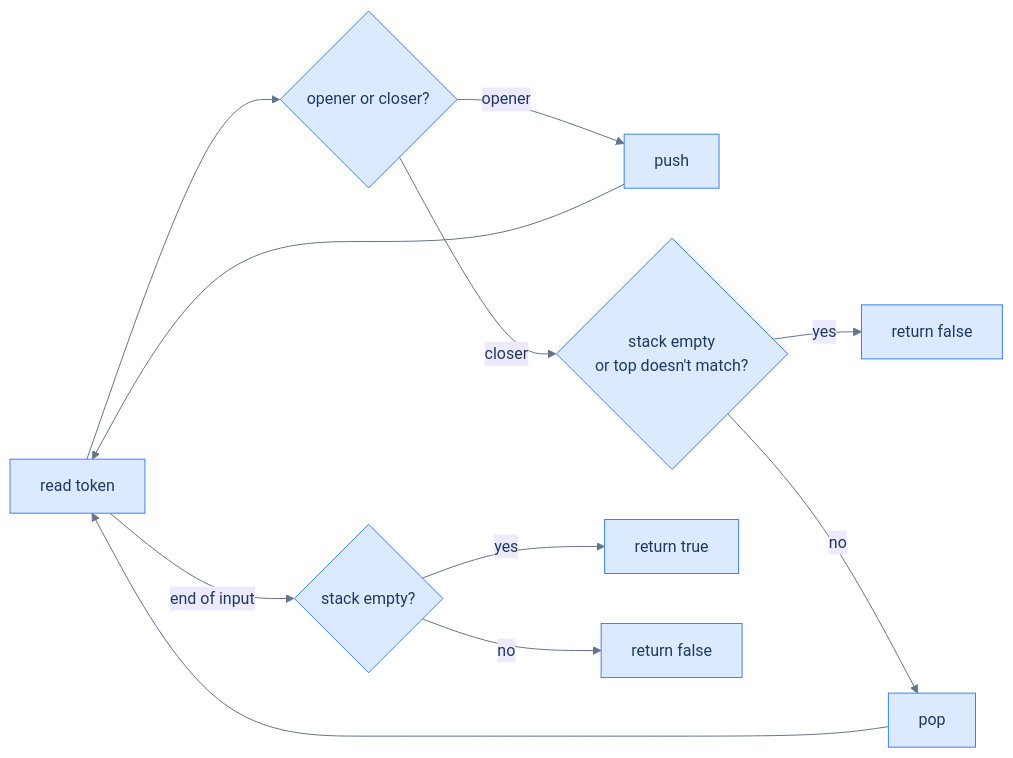
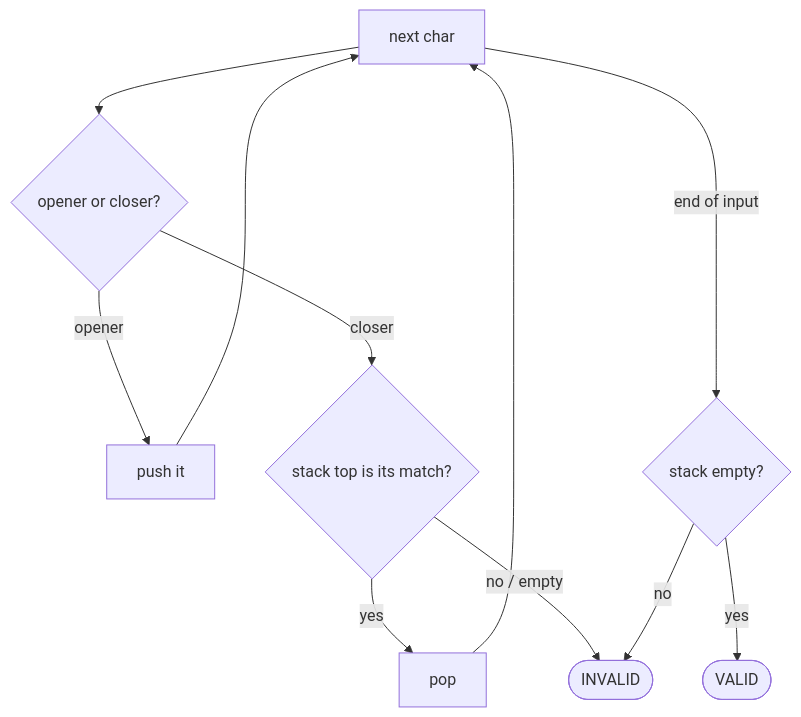
Before and after one commit to ani2fun/codefolio: the diagram in content/cortex/data-structures-and-algorithms/02-linear-structures/05-stack/11-pattern-sequence-validation/01-pattern.md, drawn with Mermaid. The commit also changed other lines of this file and 1049 other files, not shown here.

````diff
--- a/content/cortex/data-structures-and-algorithms/02-linear-structures/05-stack/11-pattern-sequence-validation/01-pattern.md
+++ b/content/cortex/data-structures-and-algorithms/02-linear-structures/05-stack/11-pattern-sequence-validation/01-pattern.md
@@ -18,24 +46,13 @@
 ```mermaid
----
-config:
-  theme: base
-  themeVariables:
-    primaryColor: "#dbeafe"
-    primaryBorderColor: "#3b82f6"
-    primaryTextColor: "#1e3a5f"
-    lineColor: "#64748b"
-    secondaryColor: "#ede9fe"
-    tertiaryColor: "#fef9c3"
----
-flowchart LR
-    R["read token"] --> Q{"opener or closer?"}
-    Q -->|"opener"| P["push"]
-    Q -->|"closer"| C{"stack empty<br/>or top doesn't match?"}
-    C -->|"yes"| F["return false"]
-    C -->|"no"| POP["pop"]
-    P --> R
-    POP --> R
-    R -->|"end of input"| END{"stack empty?"}
-    END -->|"yes"| T["return true"]
-    END -->|"no"| F2["return false"]
+flowchart TB
+  C["next char"] --> Q{"opener or closer?"}
+  Q -->|"opener"| PU["push it"]
+  Q -->|"closer"| M{"stack top is its match?"}
+  M -->|"yes"| PO["pop"]
+  M -->|"no / empty"| F(["INVALID"])
+  PU --> C
+  PO --> C
+  C -->|"end of input"| E{"stack empty?"}
+  E -->|"yes"| V(["VALID"])
+  E -->|"no"| F
 ```
````
